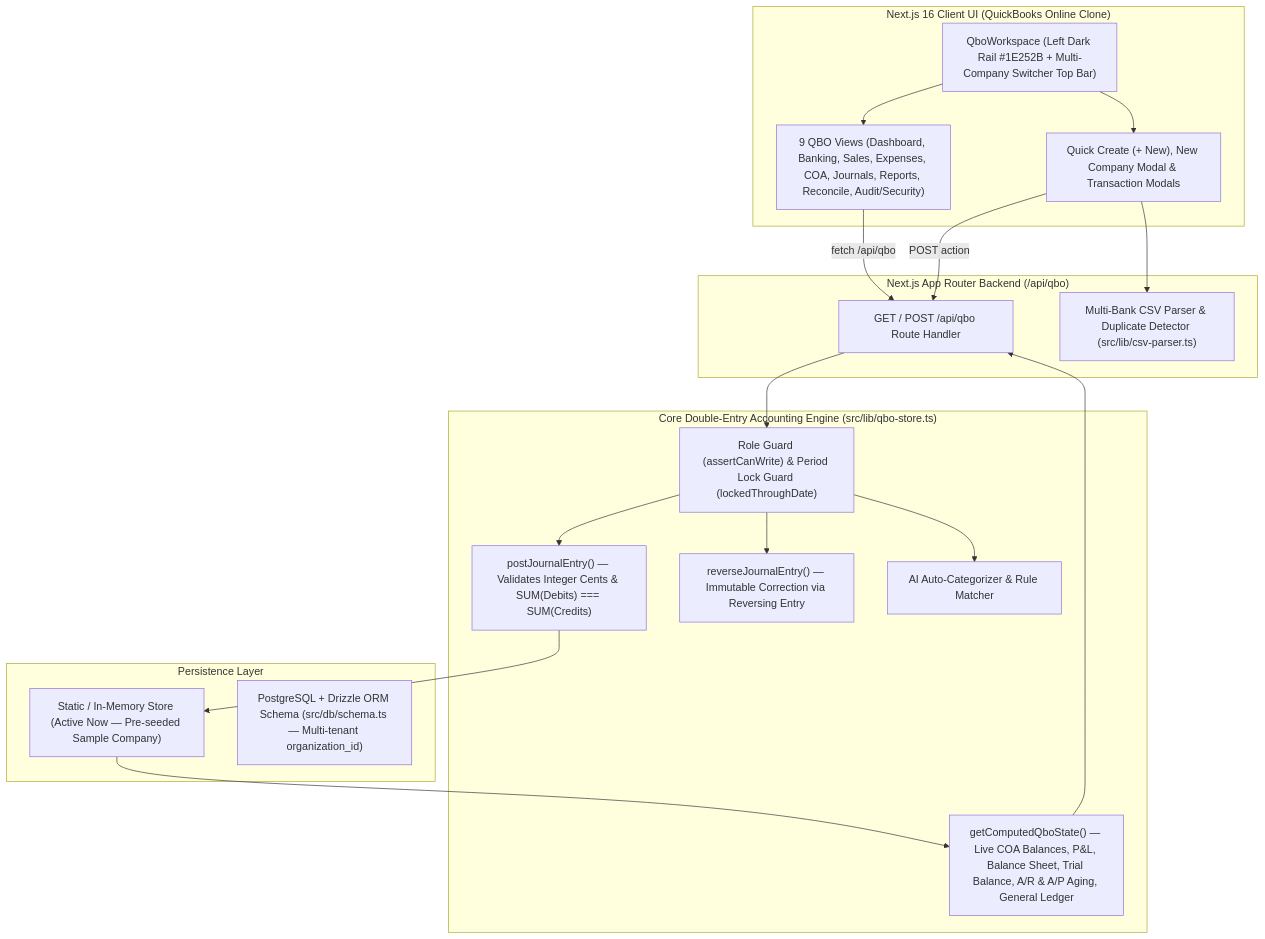
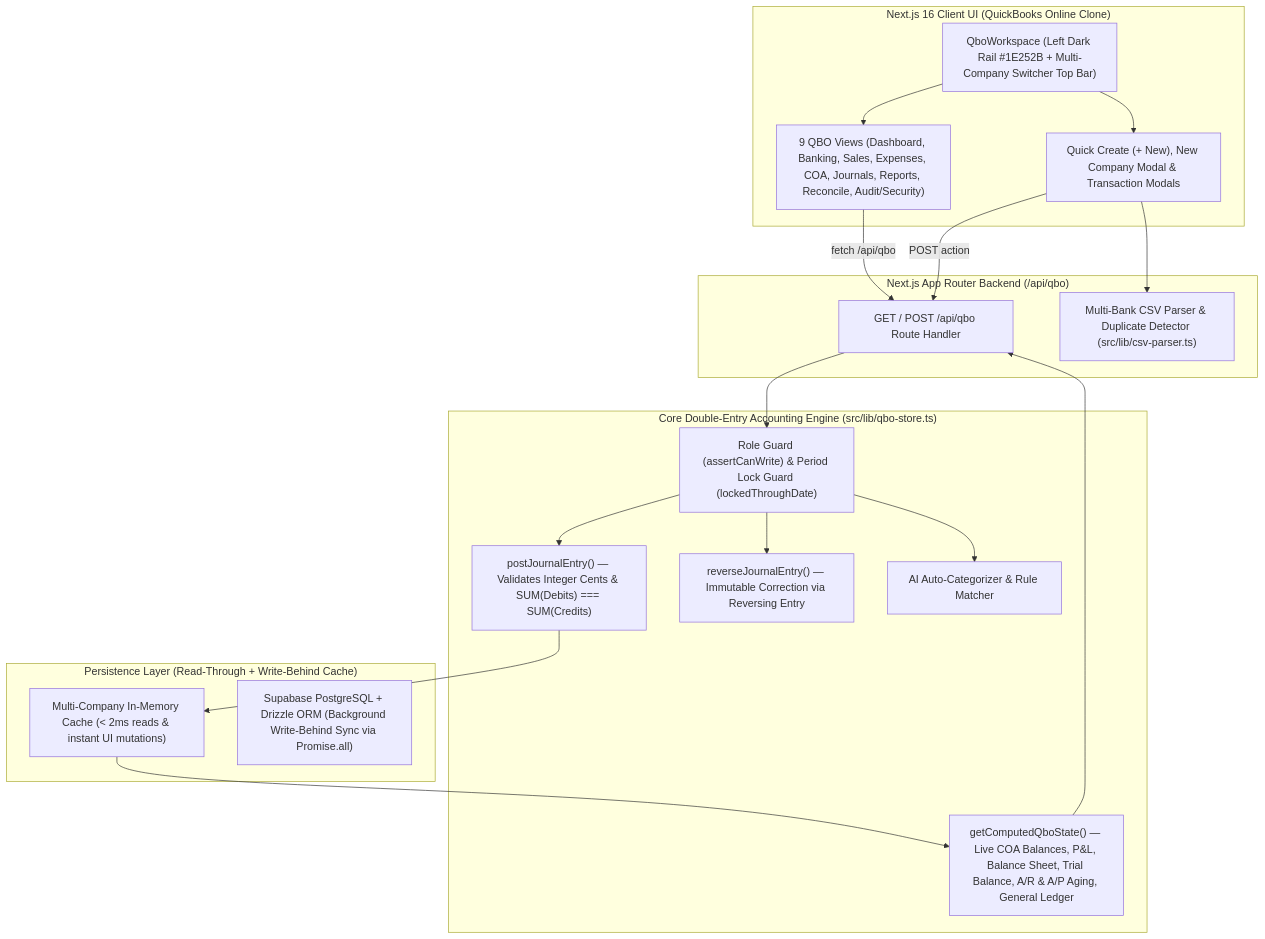
Before and after one commit to enterandpost02/quickbook: the diagram in docs/ARCHITECTURE.md, drawn with Mermaid. The commit also changed 3 other files, not shown here.

Commit message:
Optimize Supabase latency with read-through multi-org cache and non-blocking write-behind sync

````diff
--- a/docs/ARCHITECTURE.md
+++ b/docs/ARCHITECTURE.md
@@ -9,39 +9,39 @@
 ```mermaid
 flowchart TB
     subgraph Client["Next.js 16 Client UI (QuickBooks Online Clone)"]
         Workspace["QboWorkspace (Left Dark Rail #1E252B + Multi-Company Switcher Top Bar)"]
         Views["9 QBO Views (Dashboard, Banking, Sales, Expenses, COA, Journals, Reports, Reconcile, Audit/Security)"]
         Modals["Quick Create (+ New), New Company Modal & Transaction Modals"]
     end
 
     subgraph API["Next.js App Router Backend (/api/qbo)"]
         RouteHandler["GET / POST /api/qbo Route Handler"]
         CSVParser["Multi-Bank CSV Parser & Duplicate Detector (src/lib/csv-parser.ts)"]
     end
 
     subgraph Engine["Core Double-Entry Accounting Engine (src/lib/qbo-store.ts)"]
         RBAC["Role Guard (assertCanWrite) & Period Lock Guard (lockedThroughDate)"]
         PostEntry["postJournalEntry() — Validates Integer Cents & SUM(Debits) === SUM(Credits)"]
         Reversal["reverseJournalEntry() — Immutable Correction via Reversing Entry"]
         AICat["AI Auto-Categorizer & Rule Matcher"]
         Aggregator["getComputedQboState() — Live COA Balances, P&L, Balance Sheet, Trial Balance, A/R & A/P Aging, General Ledger"]
     end
 
-    subgraph Storage["Persistence Layer"]
-        InMemory["Static / In-Memory Store (Active Now — Pre-seeded Sample Company)"]
-        Postgres["PostgreSQL + Drizzle ORM Schema (src/db/schema.ts — Multi-tenant organization_id)"]
+    subgraph Storage["Persistence Layer (Read-Through + Write-Behind Cache)"]
+        InMemory["Multi-Company In-Memory Cache (< 2ms reads & instant UI mutations)"]
+        Postgres["Supabase PostgreSQL + Drizzle ORM (Background Write-Behind Sync via Promise.all)"]
     end
 
     Workspace --> Views
     Workspace --> Modals
     Views -->|fetch /api/qbo| RouteHandler
     Modals -->|POST action| RouteHandler
     Modals --> CSVParser
     RouteHandler --> RBAC
     RBAC --> PostEntry
     RBAC --> Reversal
     RBAC --> AICat
     PostEntry --> InMemory
     InMemory --> Aggregator
     Aggregator --> RouteHandler
 ```
````
